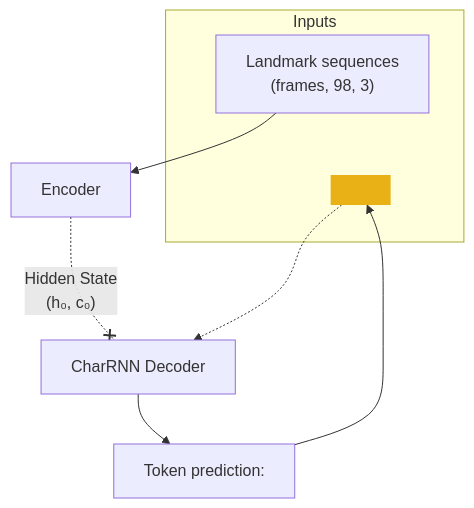
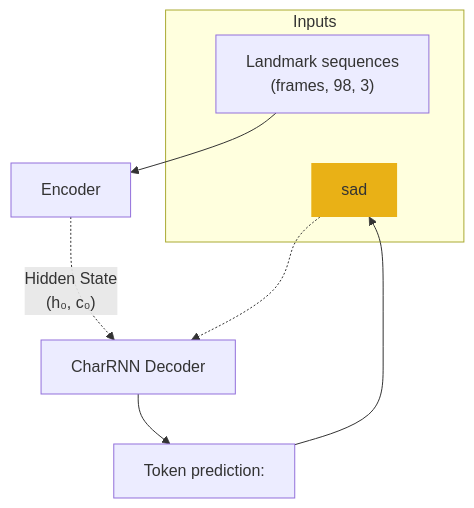
Before and after one commit to farahpiralic/ASLens-Test: the third of 3 diagrams in README.md, drawn with Mermaid.

````diff
--- a/README.md
+++ b/README.md
@@ -115,20 +115,20 @@
 ```mermaid
 
   
 
 graph TD
 subgraph Inputs
 	A["Landmark sequences<br>(frames, 98, 3)"]
-	T["<SOS>"]
+	T["<SOS> sad"]
 	A ~~~ T
 end
 
 A --> B["Encoder"]
 
-B -.-x |"Hidden State<br>(h₀, c₀)"|C["CharRNN Decoder"]
+B -.-> |"Hidden State<br>(h₀, c₀)"|C["CharRNN Decoder"]
 T -.-> C
 C --> F["Token prediction:"] -->T
 style T fill:#e9b116,stroke:none
 
 
 ```
````
